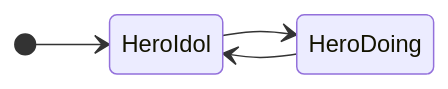
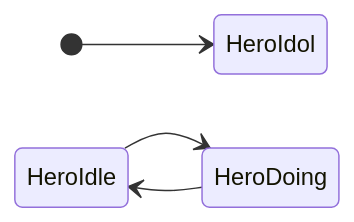
One commit to nowsprinting/RoguelikeTDD changed the diagram in README.md. Above: the diagram before and after it, drawn with Mermaid. The commit also changed 6 other files, not shown here.

````diff
--- a/README.md
+++ b/README.md
@@ -69,8 +69,8 @@
 ```mermaid
 stateDiagram-v2
     direction LR
 
     [*] --> HeroIdol
-    HeroIdol --> HeroDoing
-    HeroDoing --> HeroIdol
+    HeroIdle --> HeroDoing
+    HeroDoing --> HeroIdle
 ```
````
